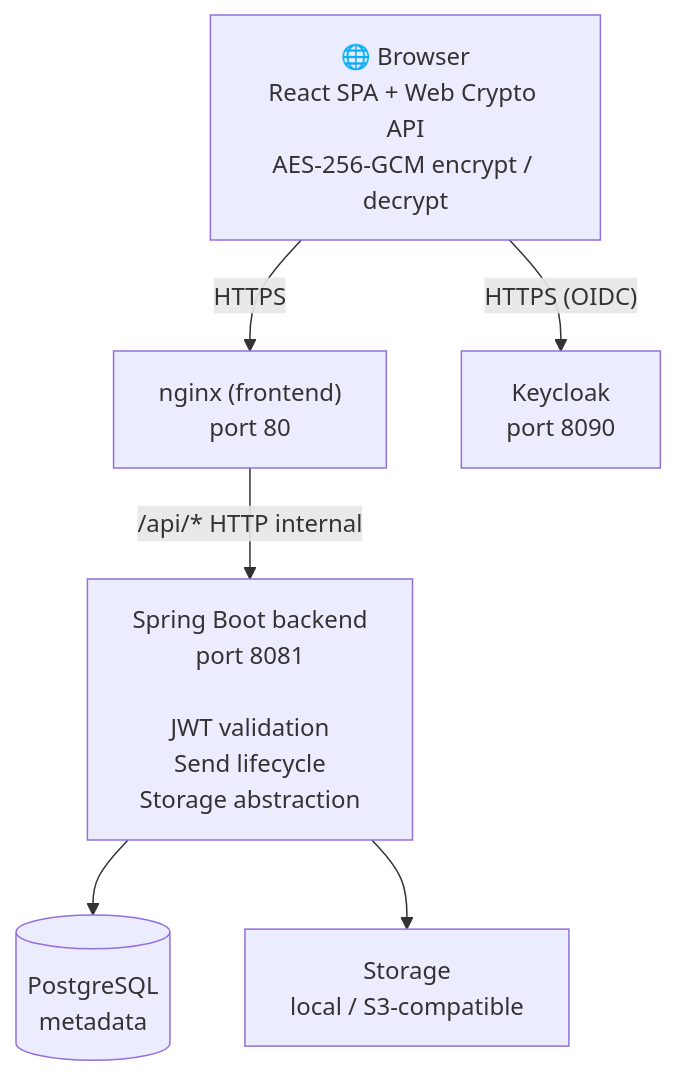
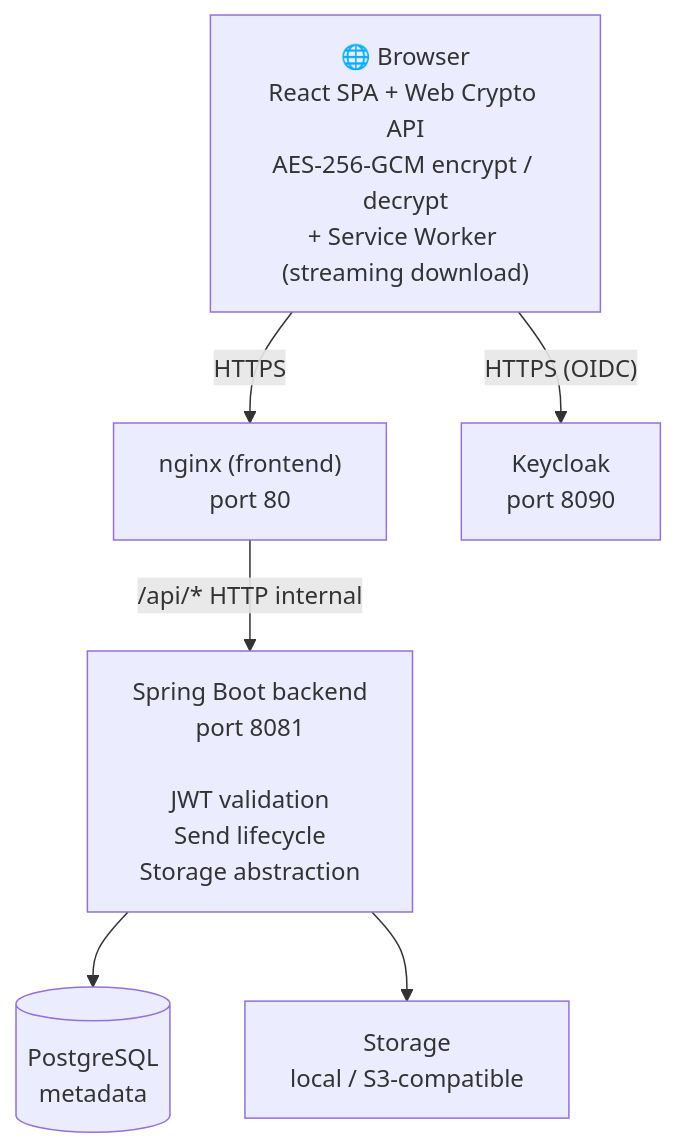
Before and after one commit to sE2EEnd/sE2EEnd: the first of 4 diagrams in docs/site/docs/architecture.md, drawn with Mermaid. The commit also changed other lines of this file and 54 other files, not shown here.

````diff
--- a/docs/site/docs/architecture.md
+++ b/docs/site/docs/architecture.md
@@ -11,16 +11,16 @@
 ```mermaid
 graph TD
-    Browser["🌐 Browser\nReact SPA + Web Crypto API\nAES-256-GCM encrypt / decrypt"]
+    Browser["🌐 Browser\nReact SPA + Web Crypto API\nAES-256-GCM encrypt / decrypt\n+ Service Worker (streaming download)"]
 
     nginx["nginx (frontend)\nport 80"]
     KC["Keycloak\nport 8090"]
     Backend["Spring Boot backend\nport 8081\n\nJWT validation\nSend lifecycle\nStorage abstraction"]
     PG[("PostgreSQL\nmetadata")]
     Storage["Storage\nlocal / S3-compatible"]
 
     Browser -- "HTTPS" --> nginx
     Browser -- "HTTPS (OIDC)" --> KC
     nginx -- "/api/* HTTP internal" --> Backend
     Backend --> PG
     Backend --> Storage
 ```
````
